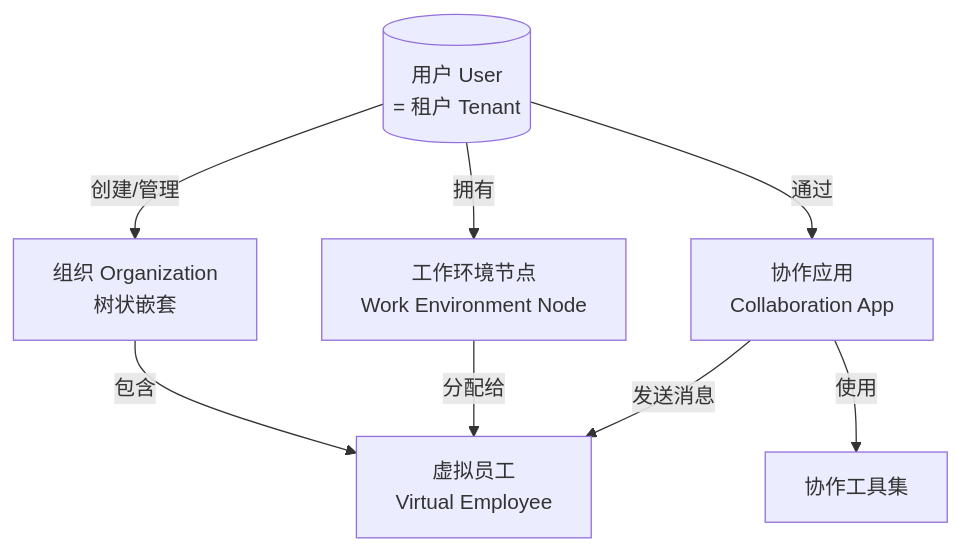
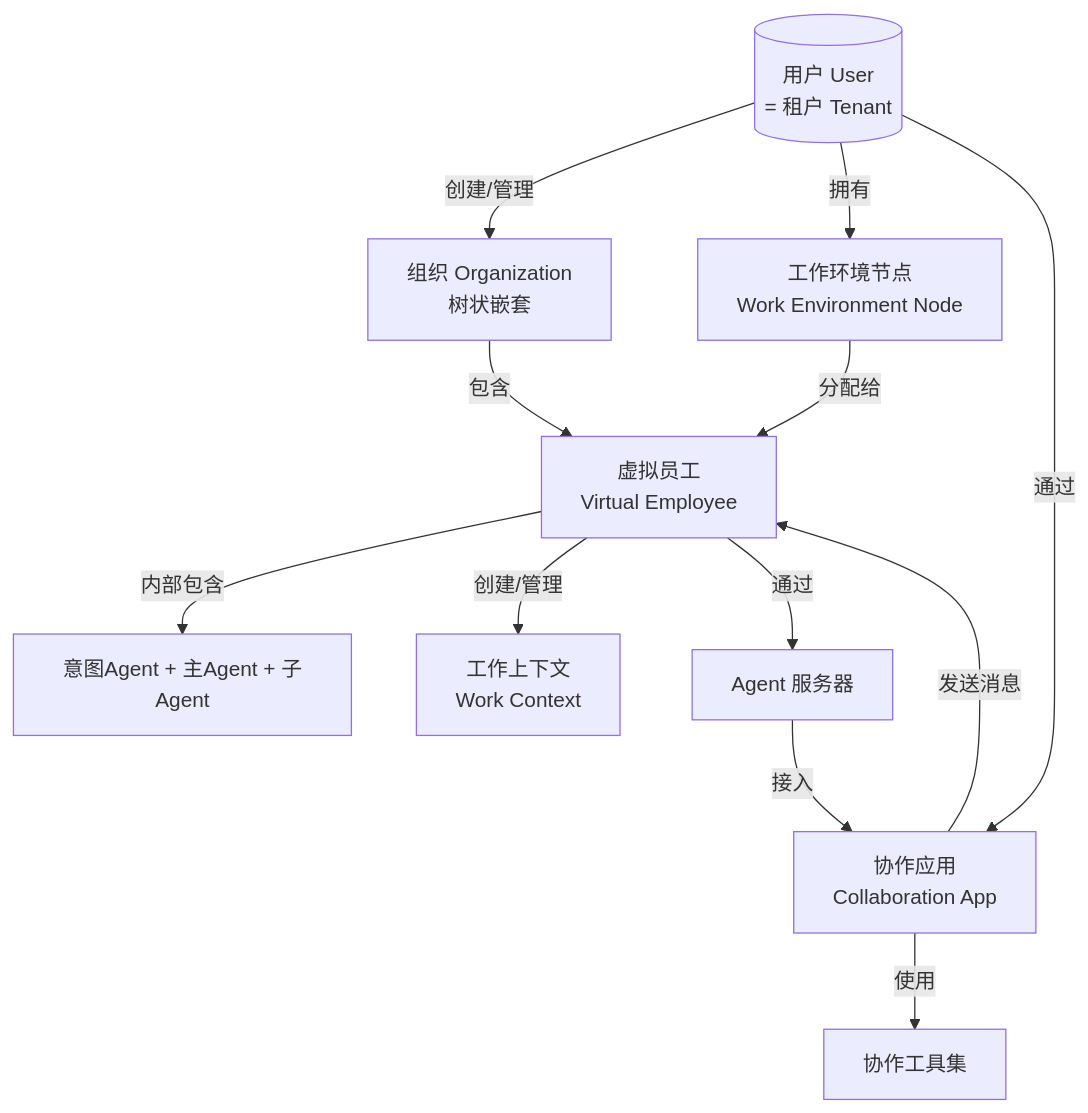
The first of 5 diagrams in virtual-team/src/02-core-concepts.md (chongyi/virtual-team-architecture), drawn with Mermaid before and after one commit. The commit also changed other lines of this file and 5 other files, not shown here.

````diff
--- a/virtual-team/src/02-core-concepts.md
+++ b/virtual-team/src/02-core-concepts.md
@@ -7,14 +7,19 @@
 ```mermaid
 flowchart TD
     user[("用户 User<br/>= 租户 Tenant")]
 
     user -->|"创建/管理"| org["组织 Organization<br/>树状嵌套"]
     user -->|"拥有"| wen["工作环境节点<br/>Work Environment Node"]
     user -->|"通过"| app["协作应用<br/>Collaboration App"]
 
     org -->|"包含"| ve["虚拟员工<br/>Virtual Employee"]
     wen -->|"分配给"| ve
 
+    ve -->|"内部包含"| agents["意图Agent + 主Agent + 子Agent"]
+    ve -->|"创建/管理"| wc["工作上下文<br/>Work Context"]
+
     app -->|"发送消息"| ve
     app -->|"使用"| collabTools["协作工具集"]
+
+    ve -->|"通过"| agentSvr["Agent 服务器"] -->|"接入"| app
 ```
````
